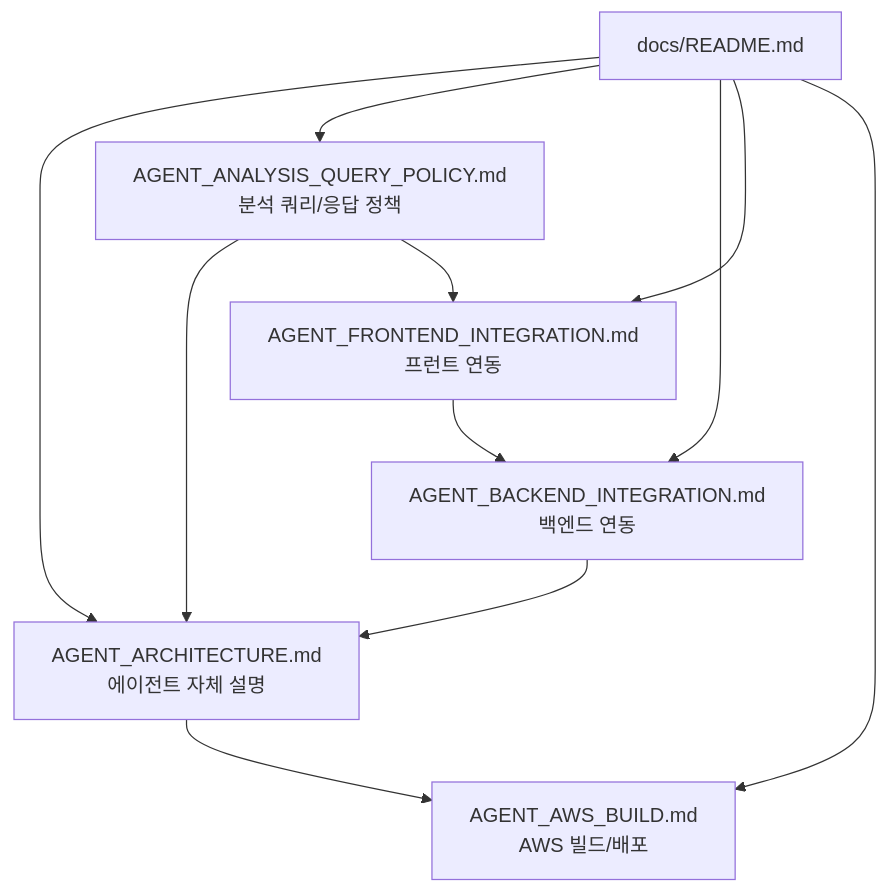
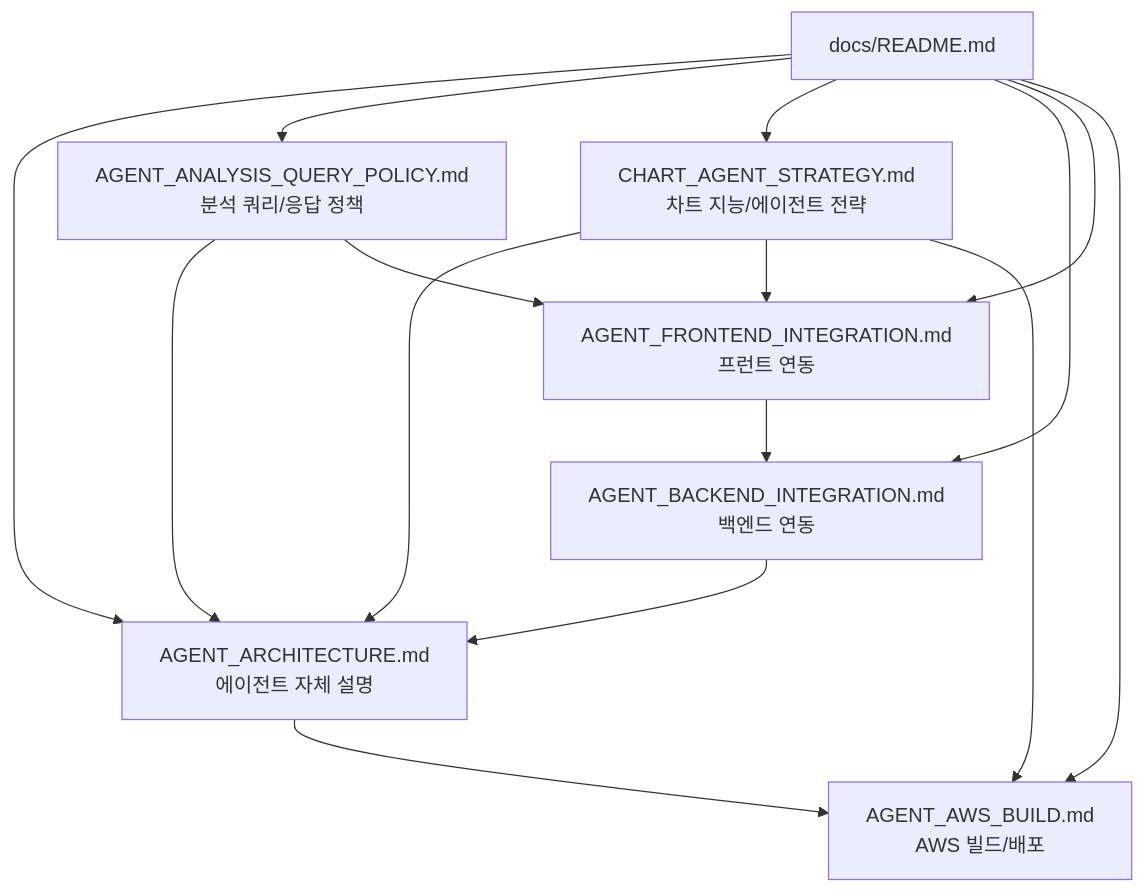
Before and after one commit to seunglee10/GOPS-BE: the diagram in docs/README.md, drawn with Mermaid. The commit also changed other lines of this file and 14 other files, not shown here.

Commit message:
feat: add bid ask volume profile chart tools

````diff
--- a/docs/README.md
+++ b/docs/README.md
@@ -6,20 +6,25 @@
 ```mermaid
 flowchart TD
   README["docs/README.md"]
   ARCH["AGENT_ARCHITECTURE.md<br/>에이전트 자체 설명"]
   POLICY["AGENT_ANALYSIS_QUERY_POLICY.md<br/>분석 쿼리/응답 정책"]
+  CHARTAGENT["CHART_AGENT_STRATEGY.md<br/>차트 지능/에이전트 전략"]
   BE["AGENT_BACKEND_INTEGRATION.md<br/>백엔드 연동"]
   FE["AGENT_FRONTEND_INTEGRATION.md<br/>프런트 연동"]
   AWS["AGENT_AWS_BUILD.md<br/>AWS 빌드/배포"]
 
   README --> ARCH
   README --> POLICY
+  README --> CHARTAGENT
   README --> BE
   README --> FE
   README --> AWS
   POLICY --> ARCH
+  CHARTAGENT --> ARCH
+  CHARTAGENT --> FE
+  CHARTAGENT --> AWS
   POLICY --> FE
   FE --> BE
   BE --> ARCH
   ARCH --> AWS
 ```
````
